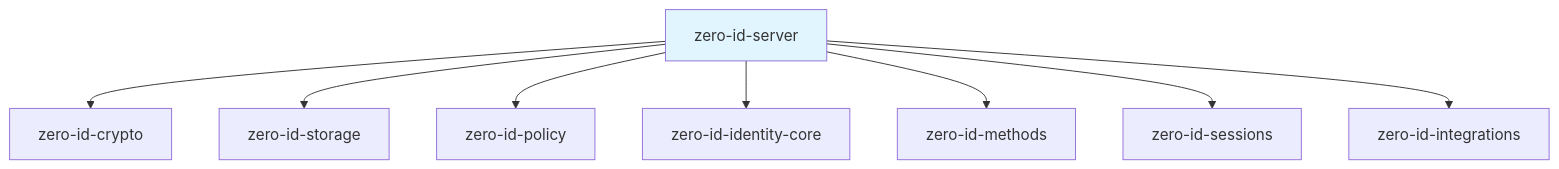
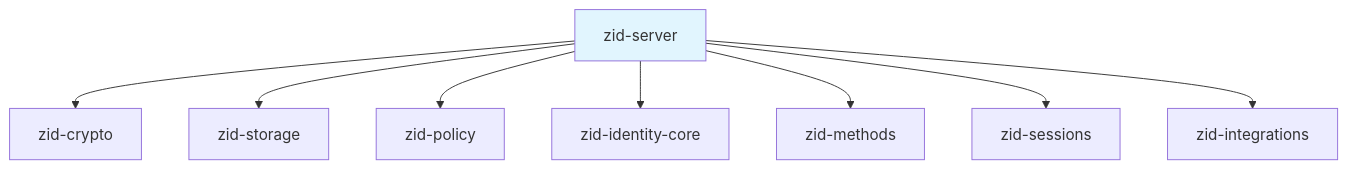
Before and after one commit to cypher-asi/zero-auth: the first of 5 diagrams in docs/spec/v0.1/08-server.md, drawn with Mermaid. The commit also changed other lines of this file and 240 other files, not shown here.

Commit message:
refactor: shorten crate names from zero-id-* to zid-* prefix

````diff
--- a/docs/spec/v0.1/08-server.md
+++ b/docs/spec/v0.1/08-server.md
@@ -29,21 +29,21 @@
 ```mermaid
 graph TD
-    CRYPTO[zero-id-crypto]
-    STORAGE[zero-id-storage]
-    POLICY[zero-id-policy]
-    IDENTITY[zero-id-identity-core]
-    METHODS[zero-id-methods]
-    SESSIONS[zero-id-sessions]
-    INTEGRATIONS[zero-id-integrations]
-    SERVER[zero-id-server]
+    CRYPTO[zid-crypto]
+    STORAGE[zid-storage]
+    POLICY[zid-policy]
+    IDENTITY[zid-identity-core]
+    METHODS[zid-methods]
+    SESSIONS[zid-sessions]
+    INTEGRATIONS[zid-integrations]
+    SERVER[zid-server]
     
     SERVER --> CRYPTO
     SERVER --> STORAGE
     SERVER --> POLICY
     SERVER --> IDENTITY
     SERVER --> METHODS
     SERVER --> SESSIONS
     SERVER --> INTEGRATIONS
     
     style SERVER fill:#e1f5fe
 ```
````
